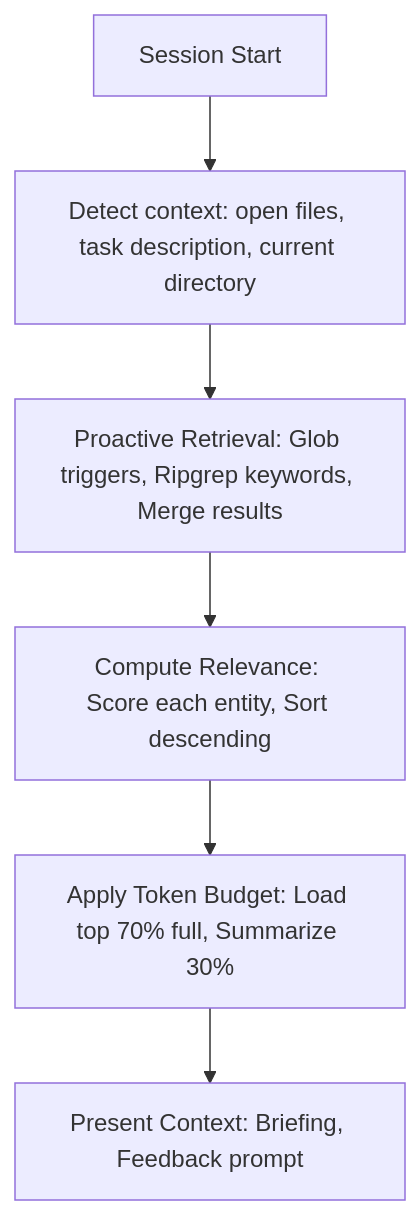
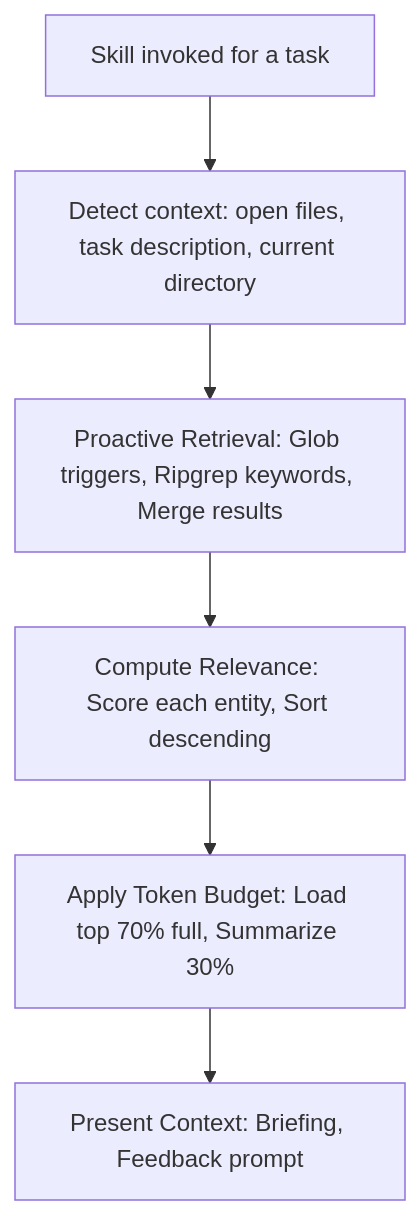
The first of 2 diagrams in assets/ops/QUERY.md (debjan/knowledge-graph), drawn with Mermaid before and after one commit. The commit also changed other lines of this file and 6 other files, not shown here.

````diff
--- a/assets/ops/QUERY.md
+++ b/assets/ops/QUERY.md
@@ -230,8 +247,8 @@
 ```mermaid
 flowchart TD
-    A[Session Start] --> B[Detect context: open files, task description, current directory]
+    A[Skill invoked for a task] --> B[Detect context: open files, task description, current directory]
     B --> C[Proactive Retrieval: Glob triggers, Ripgrep keywords, Merge results]
     C --> D[Compute Relevance: Score each entity, Sort descending]
     D --> E[Apply Token Budget: Load top 70% full, Summarize 30%]
     E --> F[Present Context: Briefing, Feedback prompt]
 ```
````
